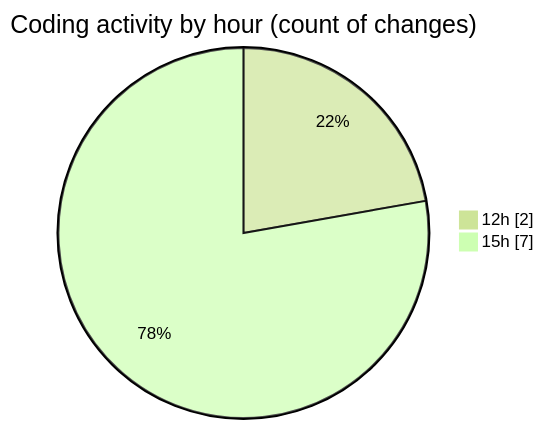
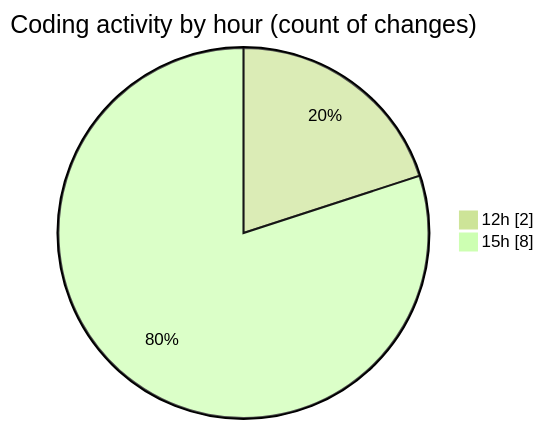
One commit to debugP/code-tracking changed the second of 2 diagrams in 2025-10-28/untitled__workspace_/README.md. Above: the diagram before and after it, drawn with Mermaid (forest theme). The commit also changed other lines of this file and 1 other file, not shown here.

````diff
--- a/2025-10-28/untitled__workspace_/README.md
+++ b/2025-10-28/untitled__workspace_/README.md
@@ -32,6 +32,6 @@
 ```mermaid
 pie showData
 title Coding activity by hour (count of changes)
 "12h" : 2
-"15h" : 7
+"15h" : 8
 ```
````
